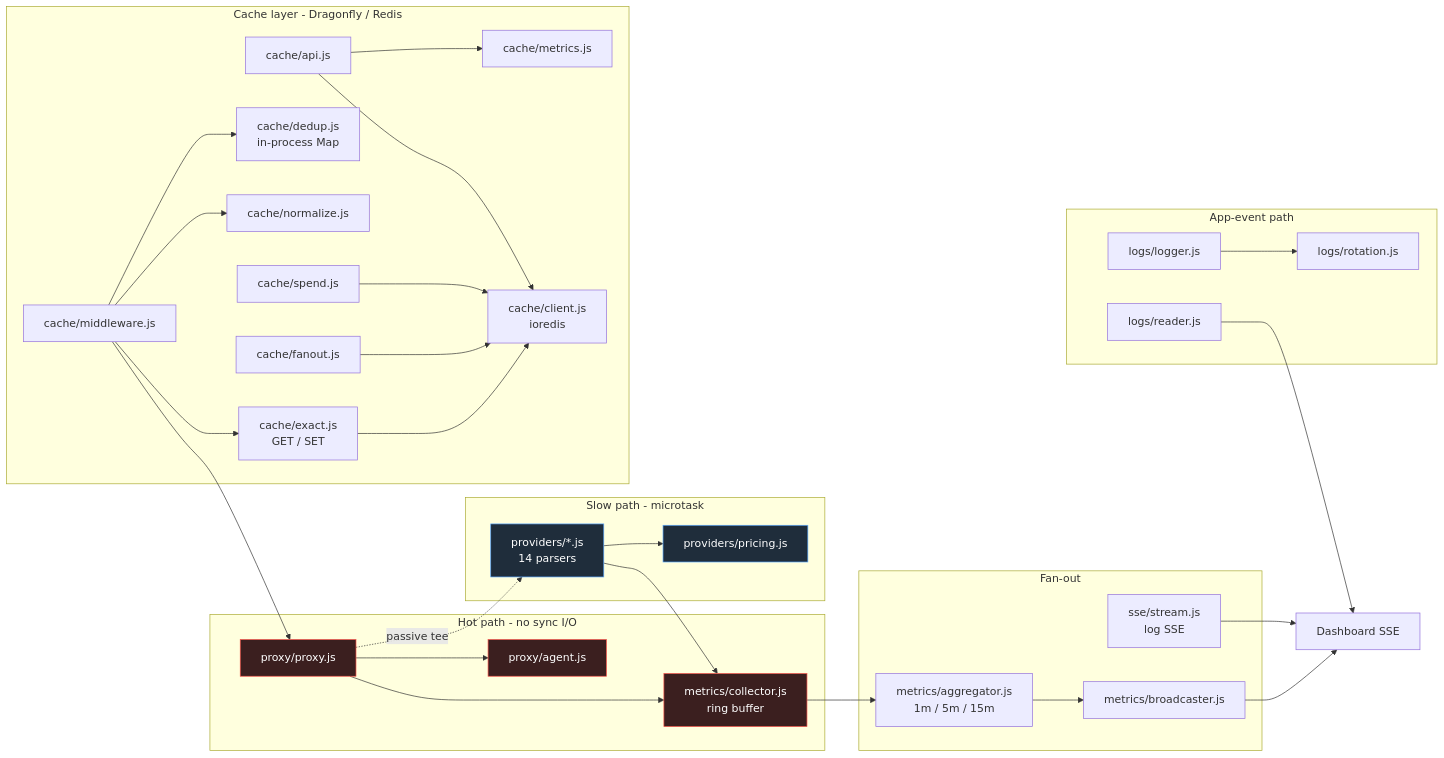
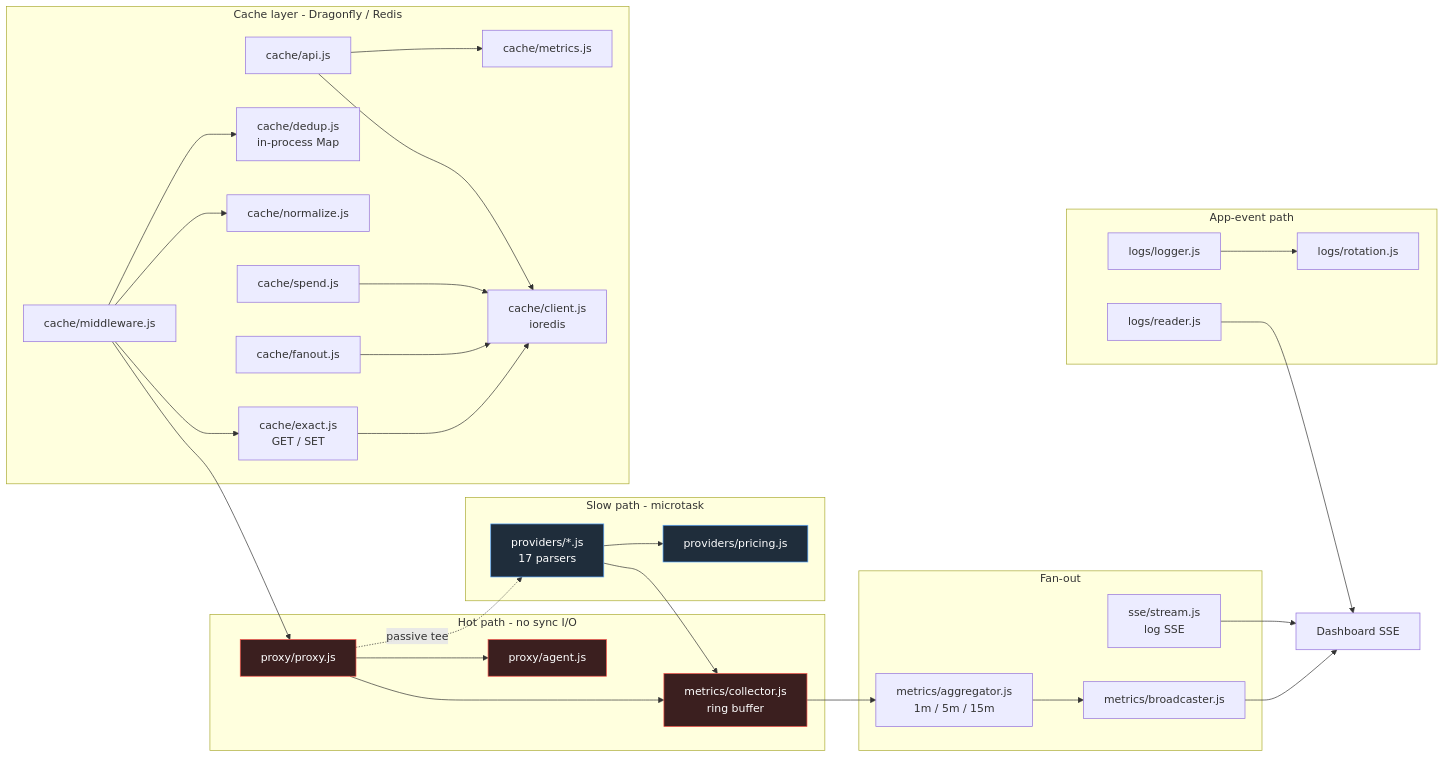
One commit to ksandell/AIRelay changed the second of 3 diagrams in docs/ARCHITECTURE.md. Above: the diagram before and after it, drawn with Mermaid. The commit also changed other lines of this file and 14 other files, not shown here.

````diff
--- a/docs/ARCHITECTURE.md
+++ b/docs/ARCHITECTURE.md
@@ -41,60 +41,60 @@
 ```mermaid
 flowchart LR
     subgraph hot[Hot path - no sync I/O]
         proxy[proxy/proxy.js]
         agent[proxy/agent.js]
         collector[metrics/collector.js<br/>ring buffer]
     end
     subgraph slow[Slow path - microtask]
-        provider[providers/*.js<br/>14 parsers]
+        provider[providers/*.js<br/>17 parsers]
         pricing[providers/pricing.js]
     end
     subgraph fanout[Fan-out]
         aggregator[metrics/aggregator.js<br/>1m / 5m / 15m]
         broadcaster[metrics/broadcaster.js]
         sse[sse/stream.js<br/>log SSE]
     end
     subgraph app[App-event path]
         logger[logs/logger.js]
         rotation[logs/rotation.js]
         reader[logs/reader.js]
     end
     subgraph cache[Cache layer - Dragonfly / Redis]
         cmw[cache/middleware.js]
         cexact[cache/exact.js<br/>GET / SET]
         cdedup[cache/dedup.js<br/>in-process Map]
         cnorm[cache/normalize.js]
         cspend[cache/spend.js]
         cfanout[cache/fanout.js]
         cmetrics[cache/metrics.js]
         capi[cache/api.js]
         cclient[cache/client.js<br/>ioredis]
     end
 
     cmw --> cexact
     cmw --> cdedup
     cexact --> cclient
     cmw --> cnorm
     cfanout --> cclient
     cspend --> cclient
     capi --> cclient
     capi --> cmetrics
     cmw --> proxy
 
     proxy --> agent
     proxy --> collector
     proxy -.passive tee.-> provider
     provider --> pricing
     provider --> collector
     collector --> aggregator
     aggregator --> broadcaster
     broadcaster --> ui[Dashboard SSE]
     sse --> ui
     logger --> rotation
     reader --> ui
 
     classDef hotcls fill:#3b1f1f,stroke:#f85149,color:#fff
     classDef slowcls fill:#1f2d3b,stroke:#58a6ff,color:#fff
     class proxy,agent,collector hotcls
     class provider,pricing slowcls
 ```
````
